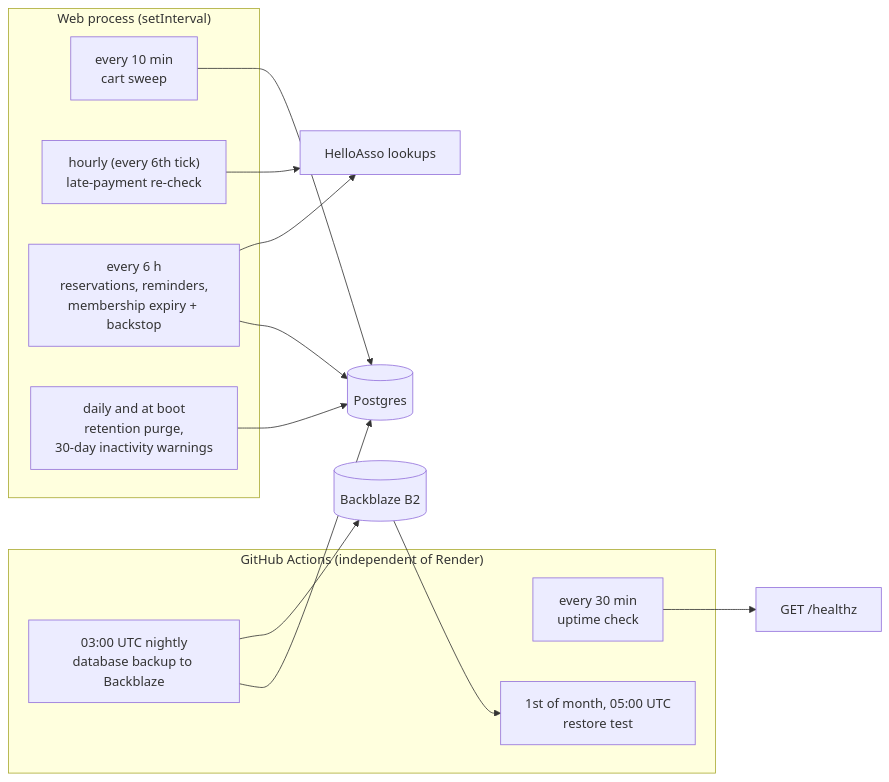
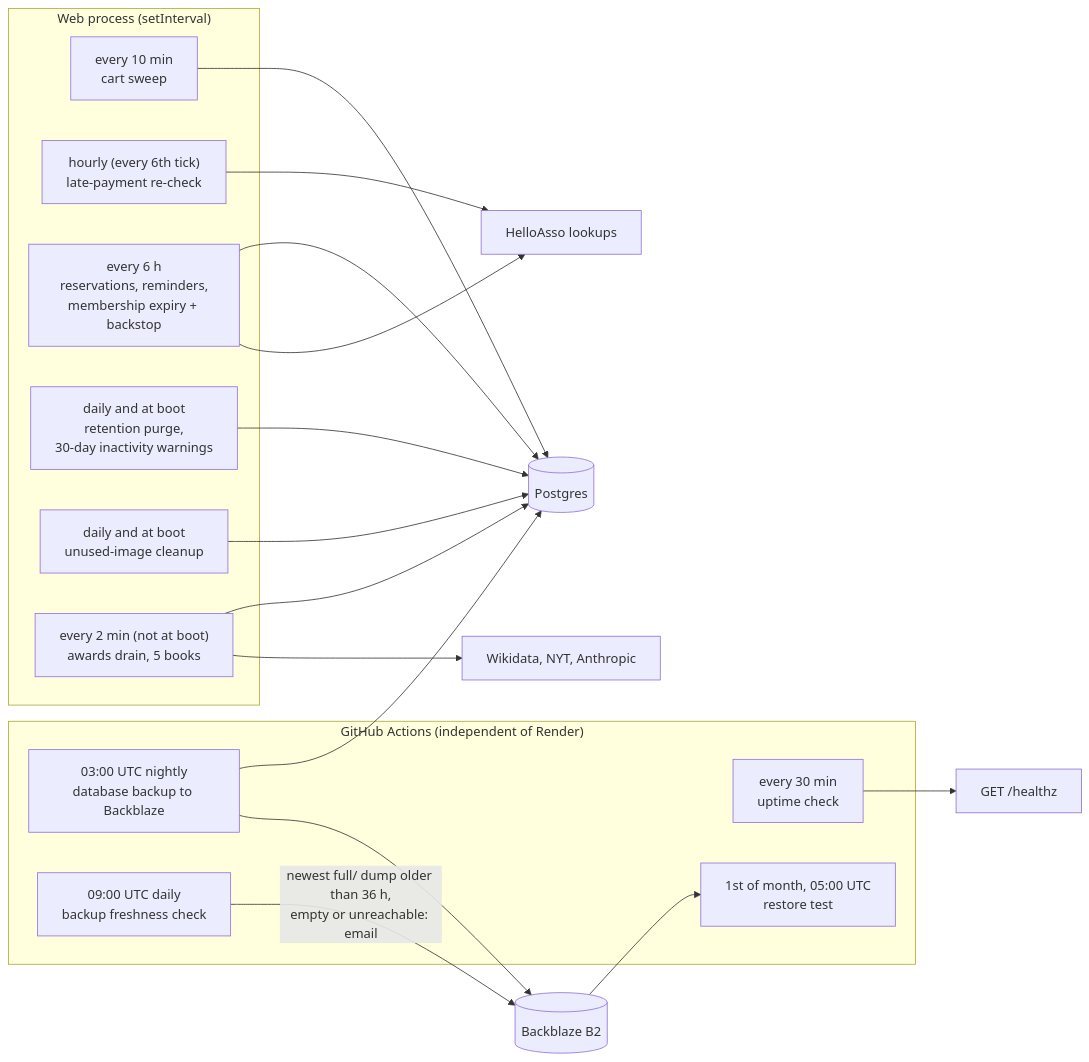
One commit to umasbooksadmin/umasbookswebsite changed diagram 11 of 15 in docs/architecture.md. Above: the diagram before and after it, drawn with Mermaid. The commit also changed other lines of this file, not shown here.

Commit message:
Docs: refresh architecture overview for pricing, awards, reports, requests, French, preview mode, backups

````diff
--- a/docs/architecture.md
+++ b/docs/architecture.md
@@ -436,23 +640,30 @@
 ```mermaid
 flowchart LR
   subgraph proc["Web process (setInterval)"]
     A["every 10 min<br/>cart sweep"] 
     B["hourly (every 6th tick)<br/>late-payment re-check"]
     C["every 6 h<br/>reservations, reminders,<br/>membership expiry + backstop"]
     P["daily and at boot<br/>retention purge,<br/>30-day inactivity warnings"]
+    IC["daily and at boot<br/>unused-image cleanup"]
+    AW["every 2 min (not at boot)<br/>awards drain, 5 books"]
   end
   subgraph gha["GitHub Actions (independent of Render)"]
     D["every 30 min<br/>uptime check"]
     E["03:00 UTC nightly<br/>database backup to Backblaze"]
     F["1st of month, 05:00 UTC<br/>restore test"]
+    FR["09:00 UTC daily<br/>backup freshness check"]
   end
   A --> DB[("Postgres")]
   B --> HA["HelloAsso lookups"]
   C --> DB
   C --> HA
   D --> W["GET /healthz"]
   P --> DB
   E --> DB
   E --> BK[("Backblaze B2")]
   BK --> F
+  FR -->|"newest full/ dump older than 36 h,<br/>empty or unreachable: email"| BK
+  IC --> DB
+  AW --> DB
+  AW --> EXT["Wikidata, NYT, Anthropic"]
 ```
````
